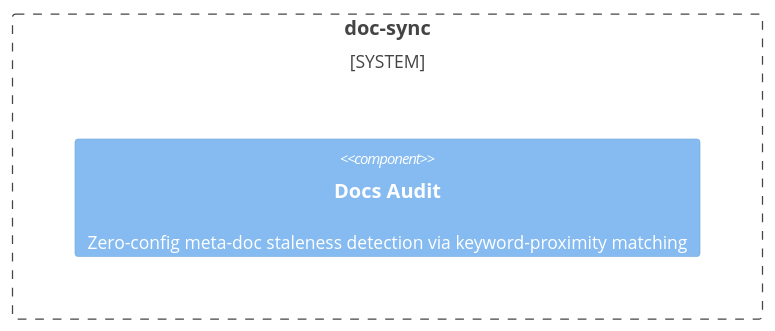
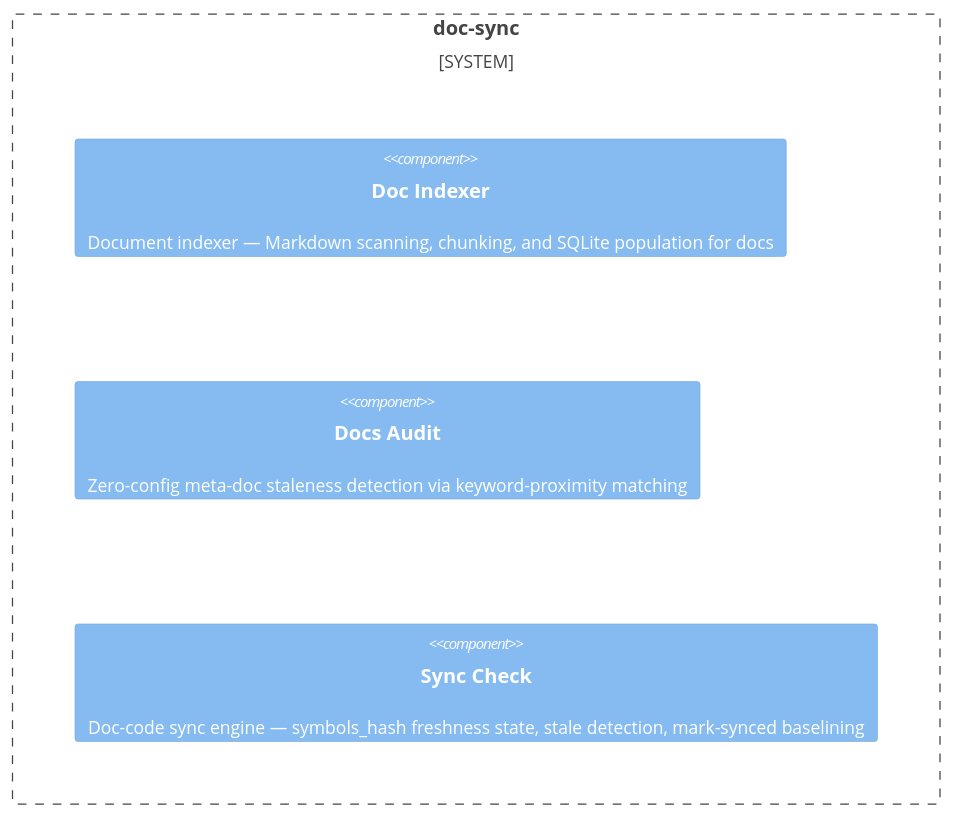
The diagram in site/domains/doc-sync.md (zoologov/beadloom), drawn with Mermaid before and after one commit. The commit also changed other lines of this file and 128 other files, not shown here.

First line of the commit message:
[BDL-051] docs — fill SPEC/DOCs + architecture-model + CHANGELOG/ROADMAP (epic close) (#12)

````diff
--- a/site/domains/doc-sync.md
+++ b/site/domains/doc-sync.md
@@ -51,6 +51,8 @@
 ```mermaid
 C4Container
     System_Boundary(doc_sync_boundary, "doc-sync") {
+        Component(doc_indexer, "Doc Indexer", "", "Document indexer — Markdown scanning, chunking, and SQLite population for docs")
         Component(docs_audit, "Docs Audit", "", "Zero-config meta-doc staleness detection via keyword-proximity matching")
+        Component(sync_check, "Sync Check", "", "Doc-code sync engine — symbols_hash freshness state, stale detection, mark-synced baselining")
     }
 ```
````
